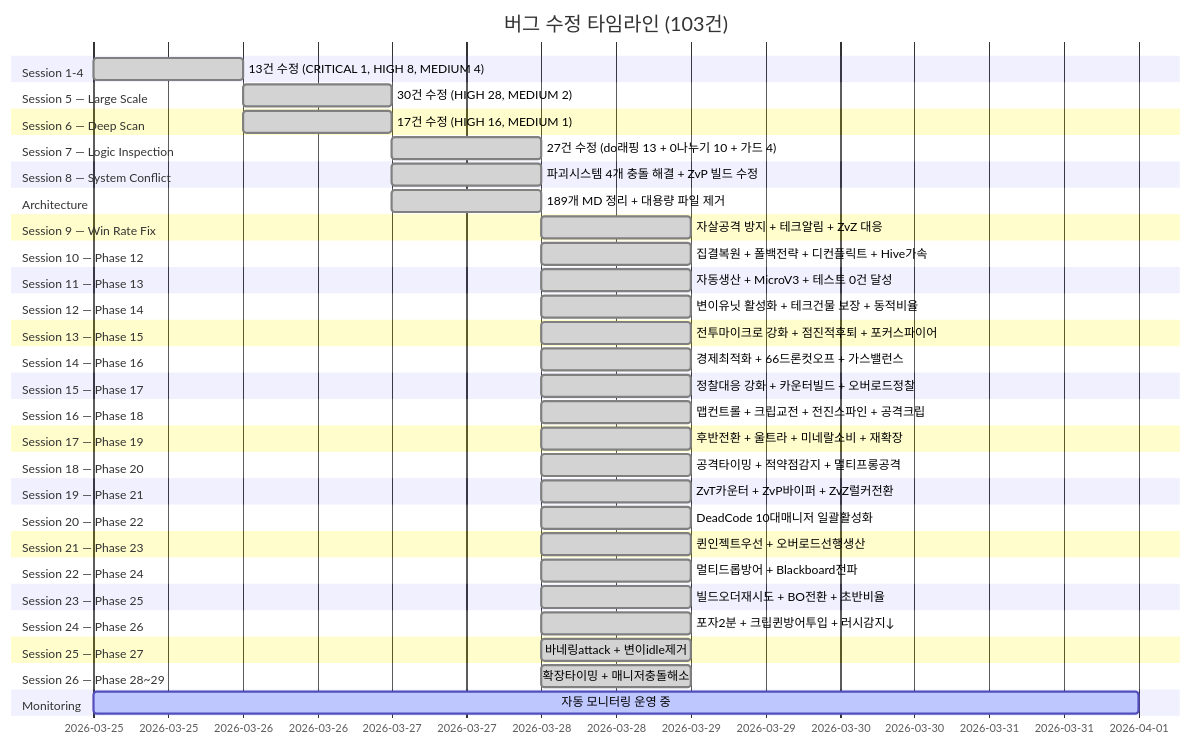
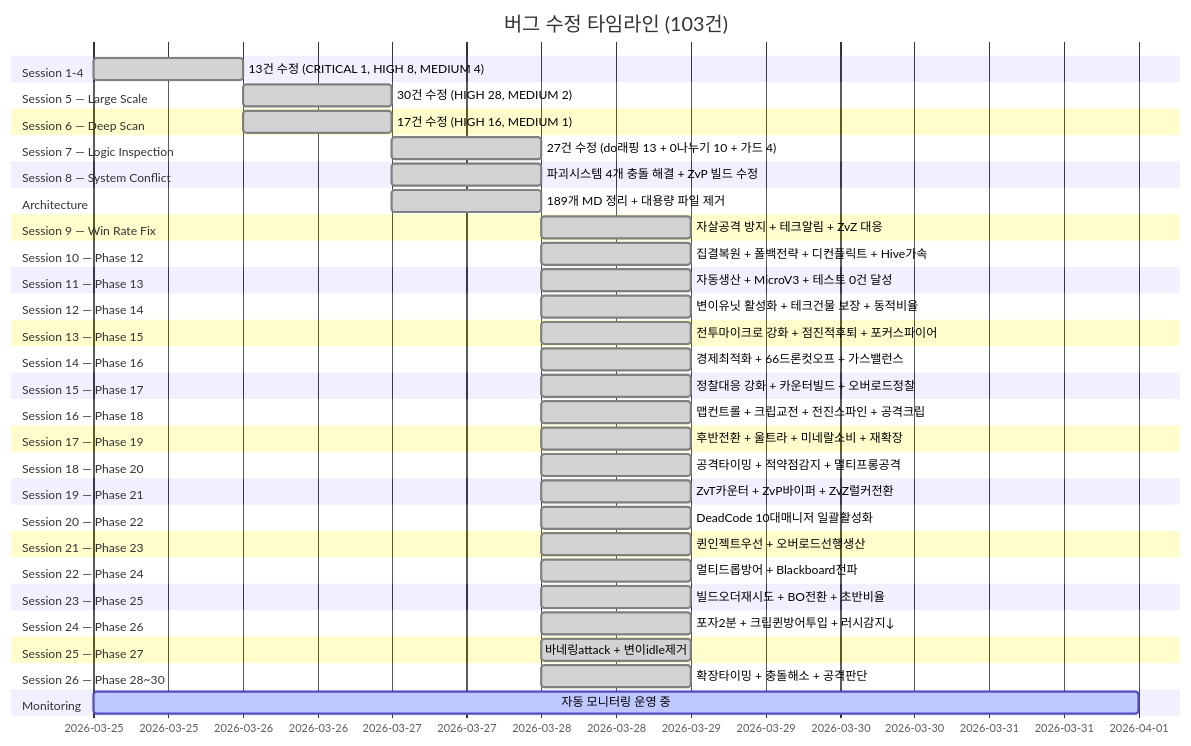
One commit to sun475300-sudo/Swarm-control-in-sc2bot changed diagram 23 of 31 in README.md. Above: the diagram before and after it, drawn with Mermaid. The commit also changed other lines of this file and 2 other files, not shown here.

Commit message:
feat: Phase 30 공격판단고도화 — 사전전투력비교(60%미만공격자제) + 전멸방지

````diff
--- a/README.md
+++ b/README.md
@@ -633,55 +633,55 @@
 ```mermaid
 gantt
     title 버그 수정 타임라인 (103건)
     dateFormat YYYY-MM-DD
     section Session 1-4
         13건 수정 (CRITICAL 1, HIGH 8, MEDIUM 4)   :done, s1, 2026-03-25, 1d
     section Session 5 — Large Scale
         30건 수정 (HIGH 28, MEDIUM 2)              :done, s5, 2026-03-26, 1d
     section Session 6 — Deep Scan
         17건 수정 (HIGH 16, MEDIUM 1)              :done, s6, 2026-03-26, 1d
     section Session 7 — Logic Inspection
         27건 수정 (do래핑 13 + 0나누기 10 + 가드 4) :done, s7, 2026-03-27, 1d
     section Session 8 — System Conflict
         파괴시스템 4개 충돌 해결 + ZvP 빌드 수정    :done, s8, 2026-03-27, 1d
     section Architecture
         189개 MD 정리 + 대용량 파일 제거            :done, s9, 2026-03-27, 1d
     section Session 9 — Win Rate Fix
         자살공격 방지 + 테크알림 + ZvZ 대응         :done, s10, 2026-03-28, 1d
     section Session 10 — Phase 12
         집결복원 + 폴백전략 + 디컨플릭트 + Hive가속 :done, s11, 2026-03-28, 1d
     section Session 11 — Phase 13
         자동생산 + MicroV3 + 테스트 0건 달성       :done, s12, 2026-03-28, 1d
     section Session 12 — Phase 14
         변이유닛 활성화 + 테크건물 보장 + 동적비율  :done, s13, 2026-03-28, 1d
     section Session 13 — Phase 15
         전투마이크로 강화 + 점진적후퇴 + 포커스파이어 :done, s14, 2026-03-28, 1d
     section Session 14 — Phase 16
         경제최적화 + 66드론컷오프 + 가스밸런스     :done, s15, 2026-03-28, 1d
     section Session 15 — Phase 17
         정찰대응 강화 + 카운터빌드 + 오버로드정찰   :done, s16, 2026-03-28, 1d
     section Session 16 — Phase 18
         맵컨트롤 + 크립교전 + 전진스파인 + 공격크립 :done, s17, 2026-03-28, 1d
     section Session 17 — Phase 19
         후반전환 + 울트라 + 미네랄소비 + 재확장    :done, s18, 2026-03-28, 1d
     section Session 18 — Phase 20
         공격타이밍 + 적약점감지 + 멀티프롱공격     :done, s19, 2026-03-28, 1d
     section Session 19 — Phase 21
         ZvT카운터 + ZvP바이퍼 + ZvZ럴커전환      :done, s20, 2026-03-28, 1d
     section Session 20 — Phase 22
         DeadCode 10대매니저 일괄활성화            :done, s21, 2026-03-28, 1d
     section Session 21 — Phase 23
         퀸인젝트우선 + 오버로드선행생산          :done, s22, 2026-03-28, 1d
     section Session 22 — Phase 24
         멀티드롭방어 + Blackboard전파           :done, s23, 2026-03-28, 1d
     section Session 23 — Phase 25
         빌드오더재시도 + BO전환 + 초반비율     :done, s24, 2026-03-28, 1d
     section Session 24 — Phase 26
         포자2분 + 크립퀸방어투입 + 러시감지↓  :done, s25, 2026-03-28, 1d
     section Session 25 — Phase 27
         바네링attack + 변이idle제거         :done, s26, 2026-03-28, 1d
-    section Session 26 — Phase 28~29
-        확장타이밍 + 매니저충돌해소        :done, s27, 2026-03-28, 1d
+    section Session 26 — Phase 28~30
+        확장타이밍 + 충돌해소 + 공격판단   :done, s27, 2026-03-28, 1d
     section Monitoring
         자동 모니터링 운영 중                        :active, mon, 2026-03-25, 7d
 ```
````
